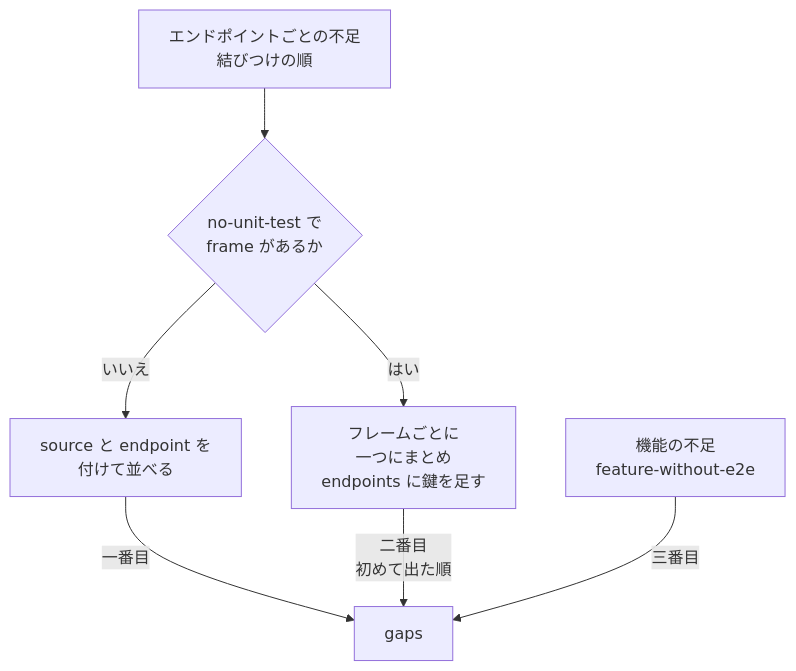
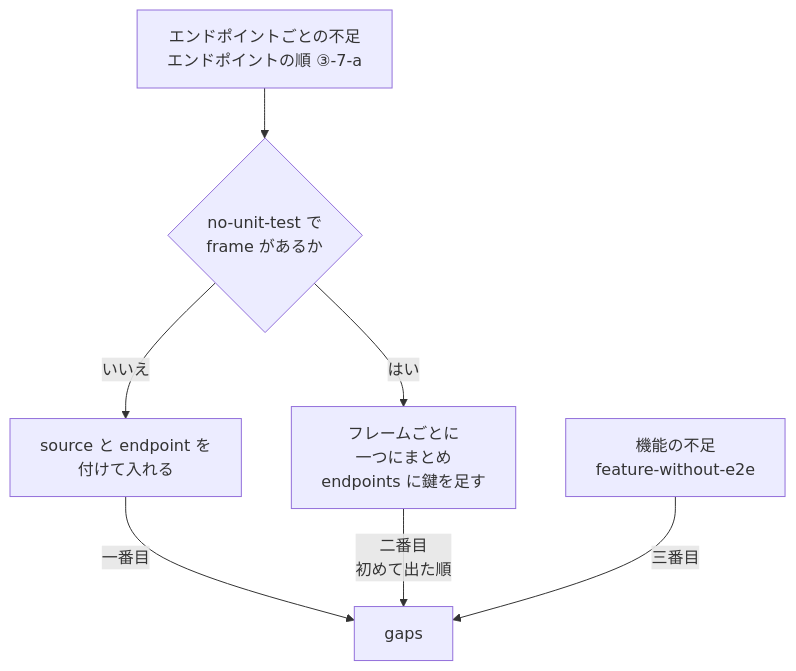
Before and after one commit to maronnjapan/maronn-openid-connect: diagram 22 of 22 in apps/tests/docs/05-data.md, drawn with Mermaid. The commit also changed other lines of this file and 11 other files, not shown here.

````diff
--- a/apps/tests/docs/05-data.md
+++ b/apps/tests/docs/05-data.md
@@ -1033,9 +1091,9 @@
 ```mermaid
 flowchart TB
-  A["エンドポイントごとの不足<br/>結びつけの順"] --> B{"no-unit-test で<br/>frame があるか"}
-  B -->|"いいえ"| D["source と endpoint を<br/>付けて並べる"]
+  A["エンドポイントごとの不足<br/>エンドポイントの順 ③-7-a"] --> B{"no-unit-test で<br/>frame があるか"}
+  B -->|"いいえ"| D["source と endpoint を<br/>付けて入れる"]
   B -->|"はい"| C["フレームごとに<br/>一つにまとめ<br/>endpoints に鍵を足す"]
   D -->|"一番目"| E["gaps"]
   C -->|"二番目<br/>初めて出た順"| E
   F["機能の不足<br/>feature-without-e2e"] -->|"三番目"| E
 ```
````
